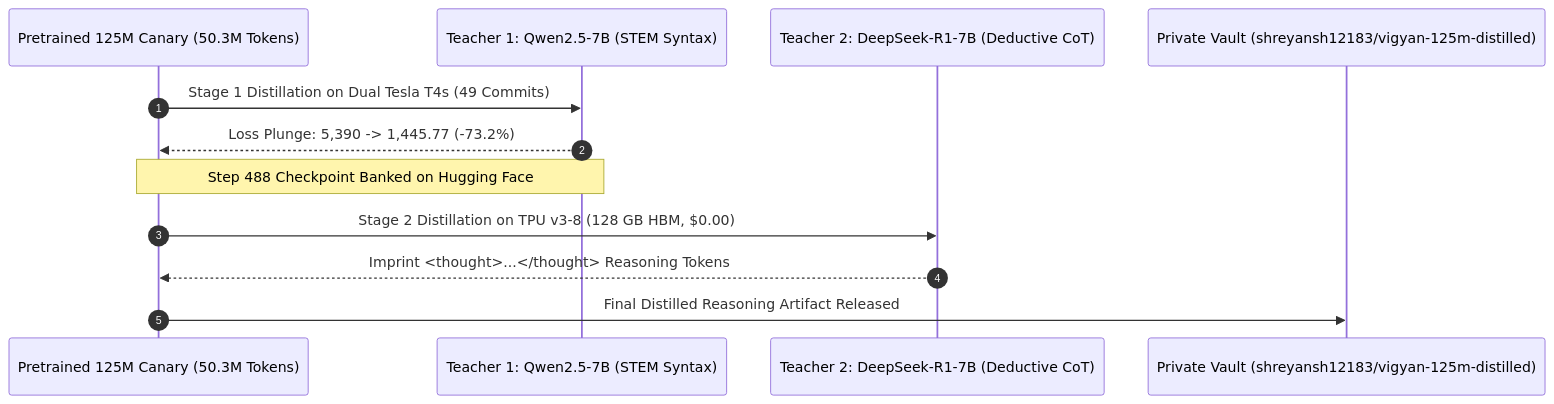
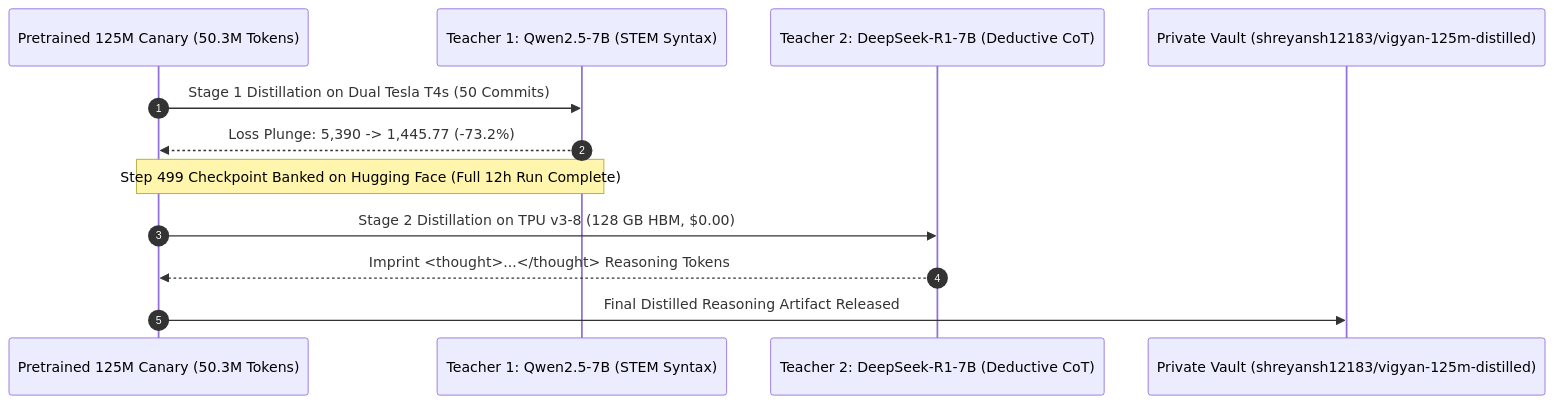
The diagram in docs/20_gen5_158bit_ternary_pretraining_and_deepseek_r1_distillation.md (shreyansh001boy-tech/vigyan-ai-journey-docs), drawn with Mermaid before and after one commit. The commit also changed other lines of this file and 1 other file, not shown here.

Commit message:
docs: finalize Stage 1 completion at Step 499 with 50 banked commits

````diff
--- a/docs/20_gen5_158bit_ternary_pretraining_and_deepseek_r1_distillation.md
+++ b/docs/20_gen5_158bit_ternary_pretraining_and_deepseek_r1_distillation.md
@@ -96,15 +96,15 @@
 ```mermaid
 sequenceDiagram
     autonumber
     participant D as Pretrained 125M Canary (50.3M Tokens)
     participant Q as Teacher 1: Qwen2.5-7B (STEM Syntax)
     participant R as Teacher 2: DeepSeek-R1-7B (Deductive CoT)
     participant V as Private Vault (shreyansh12183/vigyan-125m-distilled)
 
-    D->>Q: Stage 1 Distillation on Dual Tesla T4s (49 Commits)
+    D->>Q: Stage 1 Distillation on Dual Tesla T4s (50 Commits)
     Q-->>D: Loss Plunge: 5,390 -> 1,445.77 (-73.2%)
-    Note over D,Q: Step 488 Checkpoint Banked on Hugging Face
+    Note over D,Q: Step 499 Checkpoint Banked on Hugging Face (Full 12h Run Complete)
     D->>R: Stage 2 Distillation on TPU v3-8 (128 GB HBM, $0.00)
     R-->>D: Imprint <thought>...</thought> Reasoning Tokens
     D->>V: Final Distilled Reasoning Artifact Released
 ```
````
